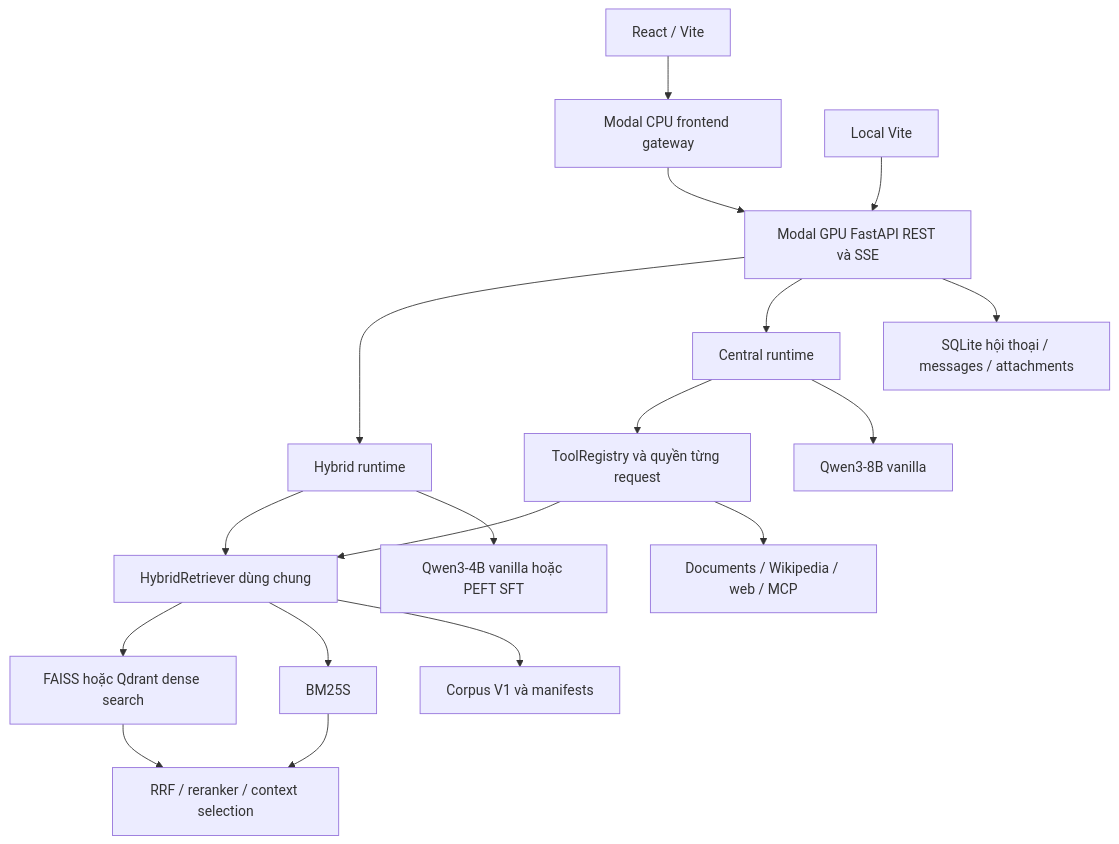
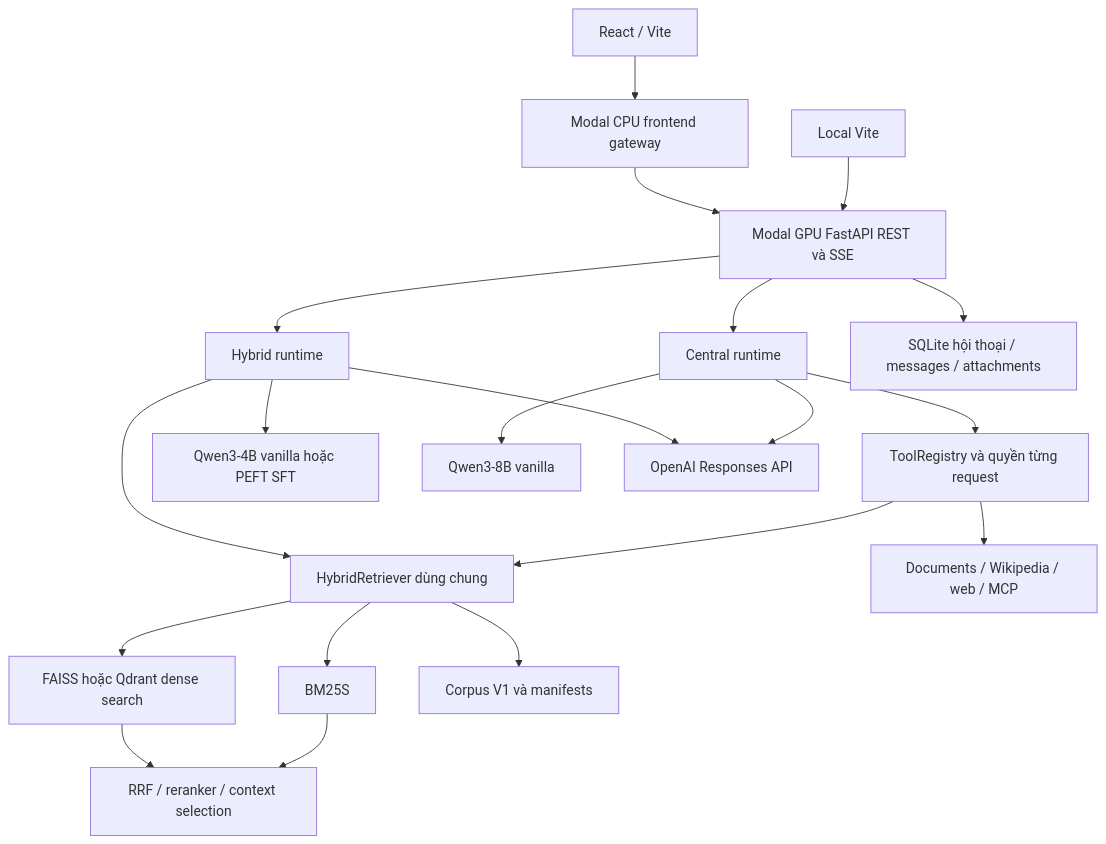
One commit to ChuTungDuongg/Chatbot_answering_vietnamese_history changed the diagram in docs/ARCHITECTURE.md. Above: the diagram before and after it, drawn with Mermaid. The commit also changed other lines of this file and 27 other files, not shown here.

Commit message:
feat: add request-scoped OpenAI Responses provider

````diff
--- a/docs/ARCHITECTURE.md
+++ b/docs/ARCHITECTURE.md
@@ -5,20 +5,22 @@
 ```mermaid
 flowchart TD
     UI[React / Vite] --> GW[Modal CPU frontend gateway]
     GW --> API[Modal GPU FastAPI REST và SSE]
     LOCAL[Local Vite] --> API
     API --> H[Hybrid runtime]
     API --> C[Central runtime]
     H --> R[HybridRetriever dùng chung]
     C --> T[ToolRegistry và quyền từng request]
     T --> R
     T --> E[Documents / Wikipedia / web / MCP]
     R --> F[FAISS hoặc Qdrant dense search]
     R --> B[BM25S]
     R --> DATA[Corpus V1 và manifests]
     F --> RR[RRF / reranker / context selection]
     B --> RR
     H --> Q4[Qwen3-4B vanilla hoặc PEFT SFT]
     C --> Q8[Qwen3-8B vanilla]
+    H --> O[OpenAI Responses API]
+    C --> O
     API --> DB[SQLite hội thoại / messages / attachments]
 ```
````
